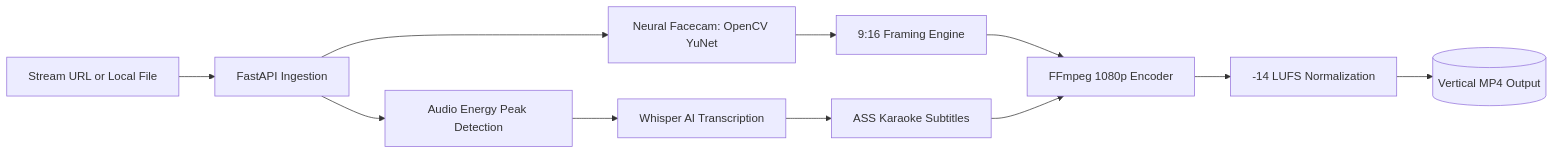
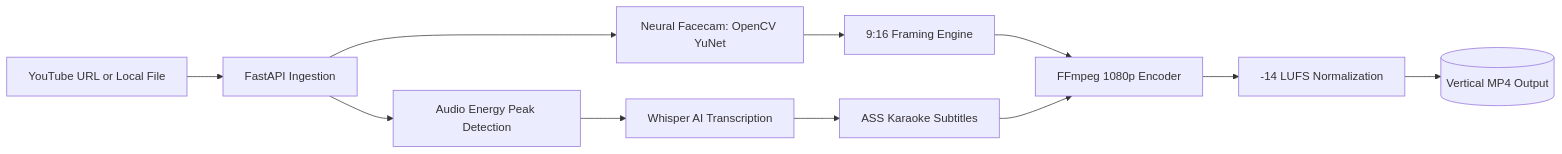
The diagram in README.md (abhinavv-13/chopper), drawn with Mermaid before and after one commit. The commit also changed other lines of this file and 1 other file, not shown here.

Commit message:
docs: focus clipping workflow strictly on YouTube URLs and local VODs

````diff
--- a/README.md
+++ b/README.md
@@ -23,13 +23,13 @@
 ```mermaid
 flowchart LR
-    A[Stream URL or Local File] --> B[FastAPI Ingestion]
+    A[YouTube URL or Local File] --> B[FastAPI Ingestion]
     B --> C[Audio Energy Peak Detection]
     B --> D[Neural Facecam: OpenCV YuNet]
     C --> E[Whisper AI Transcription]
     D --> F[9:16 Framing Engine]
     E --> G[ASS Karaoke Subtitles]
     F --> H[FFmpeg 1080p Encoder]
     G --> H
     H --> I[-14 LUFS Normalization]
     I --> J[(Vertical MP4 Output)]
 ```
````
